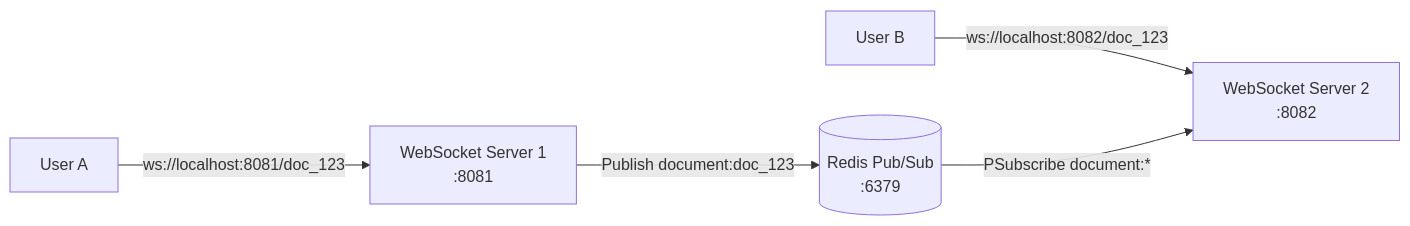
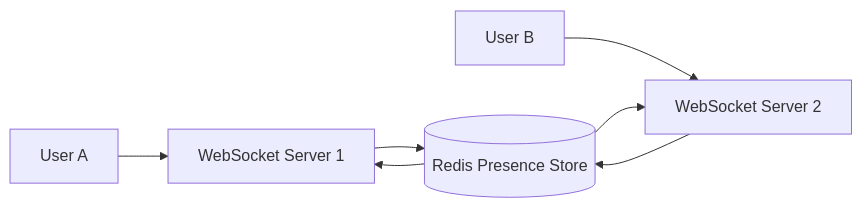
The diagram in README.md (anshgoyal05/collabflow), drawn with Mermaid before and after one commit. The commit also changed other lines of this file and 14 other files, not shown here.

Commit message:
feat: implement Week 3 real-time presence system with Redis Sorted Sets, Hashes, and TTL keys

````diff
--- a/README.md
+++ b/README.md
@@ -9,17 +9,20 @@
 ```mermaid
 flowchart LR
 
-A[User A]
-B[User B]
+UserA[User A]
+UserB[User B]
 
-S1[WebSocket Server 1\n:8081]
-S2[WebSocket Server 2\n:8082]
+WS1[WebSocket Server 1]
+WS2[WebSocket Server 2]
 
-R[(Redis Pub/Sub\n:6379)]
+Redis[(Redis Presence Store)]
 
-A -->|ws://localhost:8081/doc_123| S1
-B -->|ws://localhost:8082/doc_123| S2
+UserA --> WS1
+UserB --> WS2
 
-S1 -->|Publish document:doc_123| R
-R -->|PSubscribe document:*| S2
+WS1 --> Redis
+WS2 --> Redis
+
+Redis --> WS1
+Redis --> WS2
 ```
````
